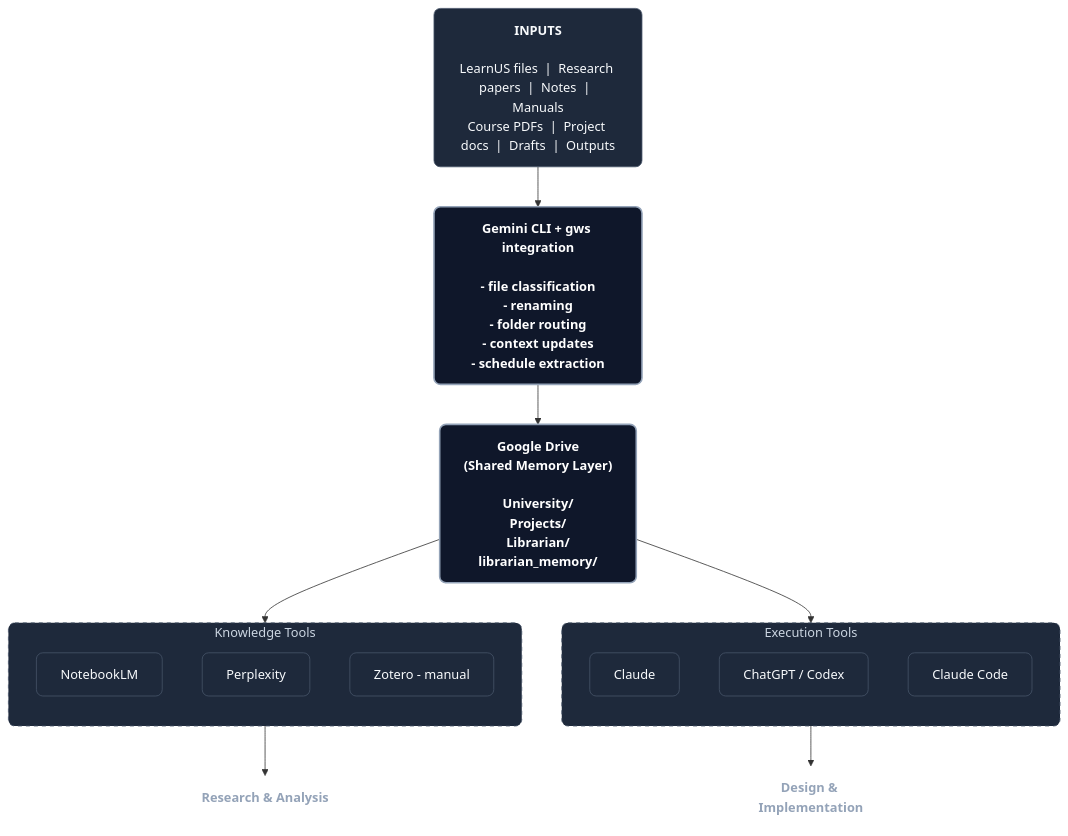
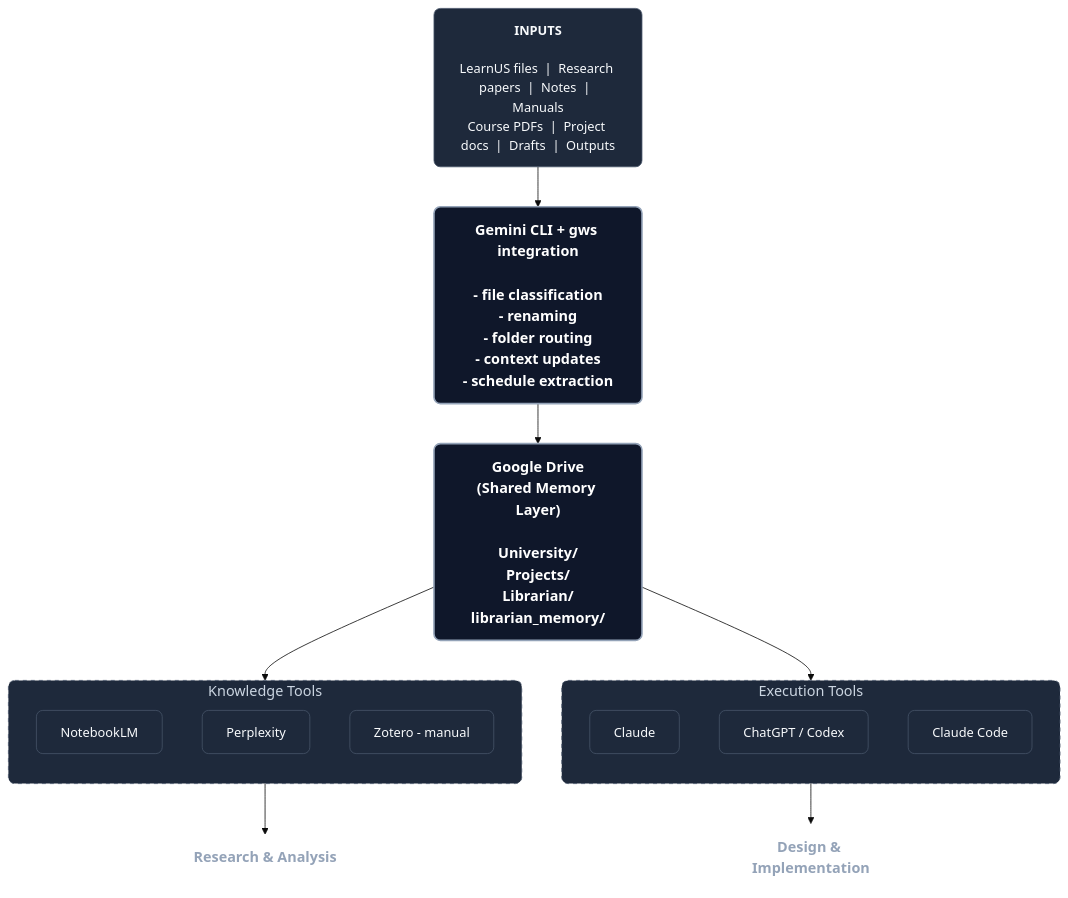
The diagram in articles/building-my-personal-ai-utilization-system/en.qmd (smkgenesis/smkgenesis.github.io), drawn with Mermaid before and after one commit. The commit also changed other lines of this file and 12 other files, not shown here.

````diff
--- a/articles/building-my-personal-ai-utilization-system/en.qmd
+++ b/articles/building-my-personal-ai-utilization-system/en.qmd
@@ -105,41 +136,42 @@
 ```{mermaid fig-cap="System flow from raw inputs to shared memory, specialized AI tools, and final outputs."}
+%%{init: {'theme': 'base', 'themeVariables': { 'darkMode': true, 'fontSize': '18px', 'fontFamily': 'IBM Plex Sans, sans-serif' }}}%%
 flowchart TD
-    classDef default fill:#1E293B,stroke:#475569,stroke-width:1px,color:#F8FAFC,rx:8px,ry:8px;
-    classDef coreBox fill:#0F172A,stroke:#94A3B8,stroke-width:2px,color:#FFFFFF,font-weight:bold;
-    classDef endPoint fill:none,stroke:none,color:#94A3B8,font-size:16px,font-weight:bold;
+    classDef default fill:#1E293B,stroke:#475569,stroke-width:1px,color:#F8FAFC,rx:8px,ry:8px,font-size:16px;
+    classDef coreBox fill:#0F172A,stroke:#94A3B8,stroke-width:2px,color:#FFFFFF,font-weight:bold,font-size:18px;
+    classDef endPoint fill:none,stroke:none,color:#94A3B8,font-size:18px,font-weight:bold;
 
     INPUTS["<b>INPUTS</b><br/><br/>LearnUS files &nbsp;|&nbsp; Research papers &nbsp;|&nbsp; Notes &nbsp;|&nbsp; Manuals<br/>Course PDFs &nbsp;|&nbsp; Project docs &nbsp;|&nbsp; Drafts &nbsp;|&nbsp; Outputs"]
 
     CLI["<b>Gemini CLI + gws integration</b><br/><br/>- file classification<br/>- renaming<br/>- folder routing<br/>- context updates<br/>- schedule extraction"]:::coreBox
 
     DRIVE["<b>Google Drive</b><br/>(Shared Memory Layer)<br/><br/>University/<br/>Projects/<br/>Librarian/<br/>librarian_memory/"]:::coreBox
 
     INPUTS --> CLI
     CLI --> DRIVE
 
     subgraph K_Tools ["Knowledge Tools"]
         direction TB
         N["NotebookLM"]
         P["Perplexity"]
         Z["Zotero - manual"]
     end
 
     subgraph E_Tools ["Execution Tools"]
         direction TB
         C["Claude"]
         GPT["ChatGPT / Codex"]
         CC["Claude Code"]
     end
 
     DRIVE --> K_Tools
     DRIVE --> E_Tools
 
     RA["Research & Analysis"]:::endPoint
     DI["Design & Implementation"]:::endPoint
 
     K_Tools --> RA
     E_Tools --> DI
 
     style K_Tools fill:#1E293B,stroke:#475569,stroke-width:1px,stroke-dasharray: 5 5,color:#CBD5E1,rx:8px,ry:8px
     style E_Tools fill:#1E293B,stroke:#475569,stroke-width:1px,stroke-dasharray: 5 5,color:#CBD5E1,rx:8px,ry:8px
 ```
````
